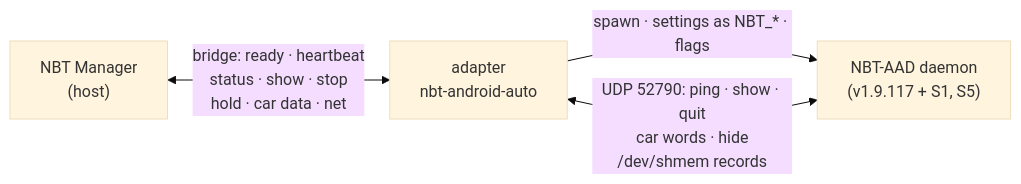
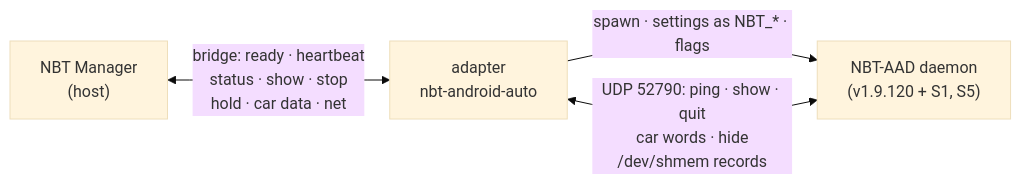
Before and after one commit to NBTFoundry/nf-android-auto: the diagram in README.md, drawn with Mermaid (base theme). The commit also changed other lines of this file and 5 other files, not shown here.

First line of the commit message:
NBT-AAD v1.9.120

````diff
--- a/README.md
+++ b/README.md
@@ -52,6 +52,6 @@
 ```mermaid
 flowchart LR
   MGR["NBT Manager<br/>(host)"] <-->|"bridge: ready · heartbeat<br/>status · show · stop<br/>hold · car data · net"| AD["adapter<br/>nbt-android-auto"]
-  AD -->|"spawn · settings as NBT_* · flags"| AAD["NBT-AAD daemon<br/>(v1.9.117 + S1, S5)"]
+  AD -->|"spawn · settings as NBT_* · flags"| AAD["NBT-AAD daemon<br/>(v1.9.120 + S1, S5)"]
   AD <-->|"UDP 52790: ping · show · quit<br/>car words · hide<br/>/dev/shmem records"| AAD
 ```
````
